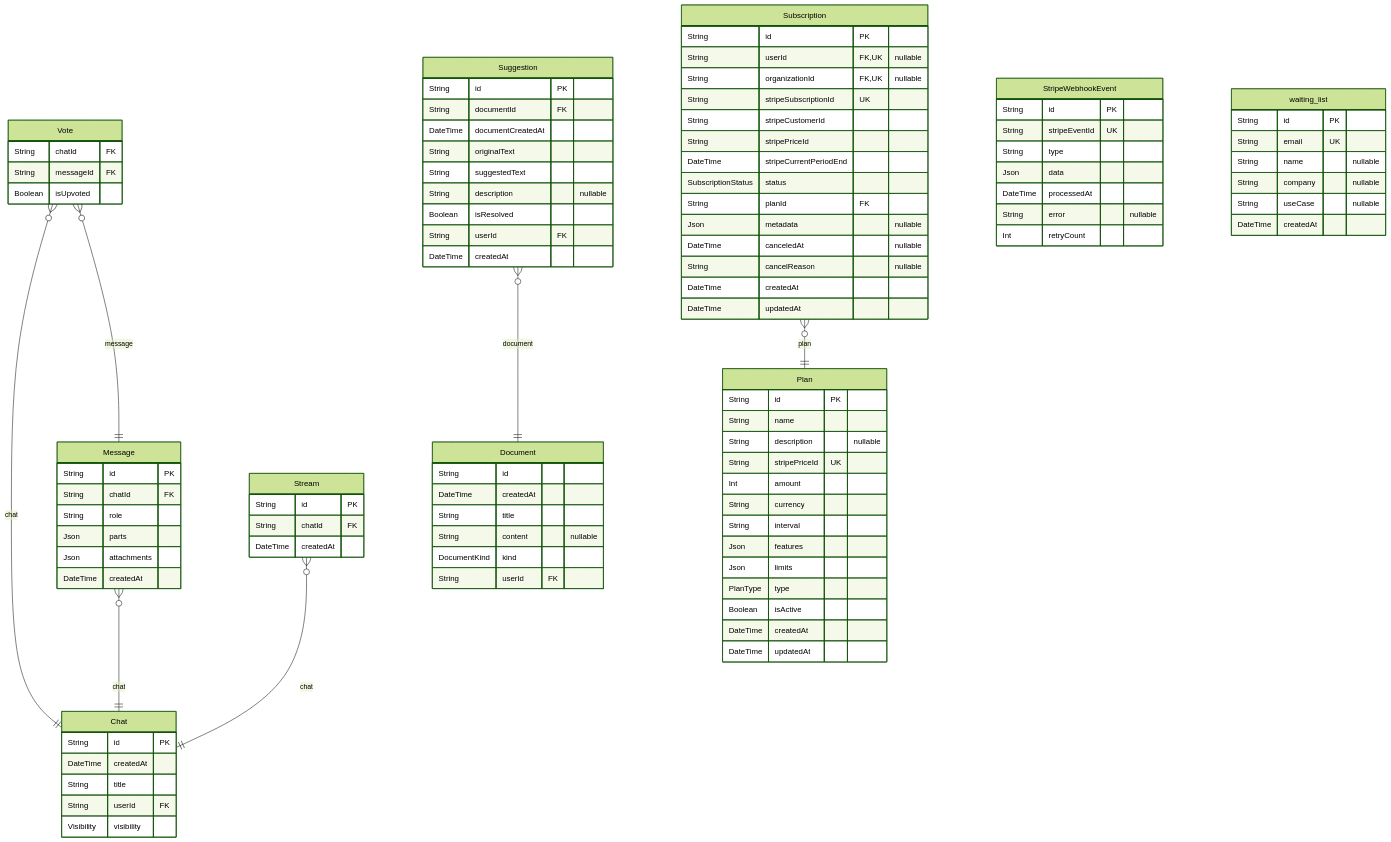
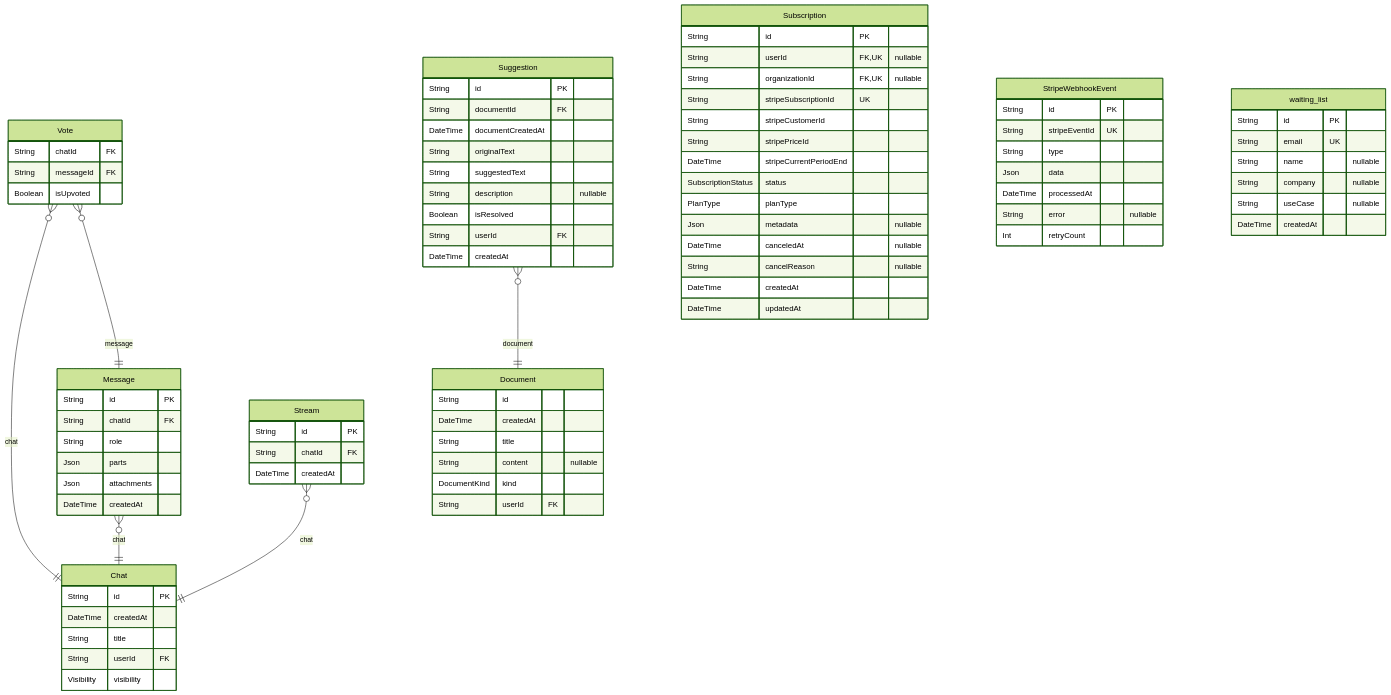
Before and after one commit to rayven122/tumiki: the seventh of 7 diagrams in packages/db/prisma/README.md, drawn with Mermaid (forest theme). The commit also changed other lines of this file and 9 other files, not shown here.

````diff
--- a/packages/db/prisma/README.md
+++ b/packages/db/prisma/README.md
@@ -919,21 +919,6 @@
   String chatId FK
   DateTime createdAt
 }
-"Plan" {
-  String id PK
-  String name
-  String description "nullable"
-  String stripePriceId UK
-  Int amount
-  String currency
-  String interval
-  Json features
-  Json limits
-  PlanType type
-  Boolean isActive
-  DateTime createdAt
-  DateTime updatedAt
-}
 "Subscription" {
   String id PK
   String userId FK,UK "nullable"
@@ -943,7 +928,7 @@
   String stripePriceId
   DateTime stripeCurrentPeriodEnd
   SubscriptionStatus status
-  String planId FK
+  PlanType planType
   Json metadata "nullable"
   DateTime canceledAt "nullable"
   String cancelReason "nullable"
@@ -972,5 +957,4 @@
 "Vote" }o--|| "Message" : message
 "Suggestion" }o--|| "Document" : document
 "Stream" }o--|| "Chat" : chat
-"Subscription" }o--|| "Plan" : plan
 ```
````
